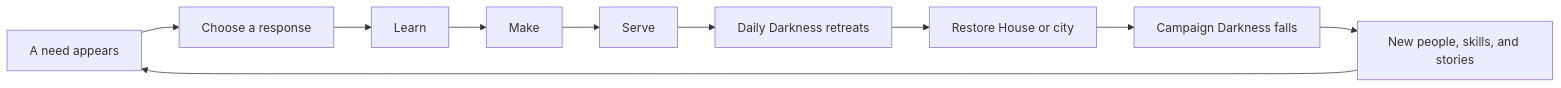
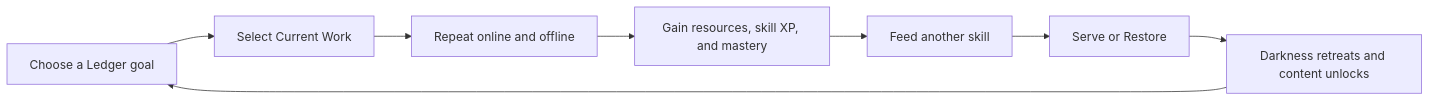
Before and after one commit to mohtab/house-of-wisdom: the diagram in docs/CORE_GAME_LOOP.md, drawn with Mermaid. The commit also changed other lines of this file and 16 other files, not shown here.

````diff
--- a/docs/CORE_GAME_LOOP.md
+++ b/docs/CORE_GAME_LOOP.md
@@ -13,12 +13,10 @@
 ```mermaid
 flowchart LR
-    A["A need appears"] --> B["Choose a response"]
-    B --> C["Learn"]
-    C --> D["Make"]
-    D --> E["Serve"]
-    E --> F["Daily Darkness retreats"]
-    F --> G["Restore House or city"]
-    G --> H["Campaign Darkness falls"]
-    H --> I["New people, skills, and stories"]
-    I --> A
+    A["Choose a Ledger goal"] --> B["Select Current Work"]
+    B --> C["Repeat online and offline"]
+    C --> D["Gain resources, skill XP, and mastery"]
+    D --> E["Feed another skill"]
+    E --> F["Serve or Restore"]
+    F --> G["Darkness retreats and content unlocks"]
+    G --> A
 ```
````
